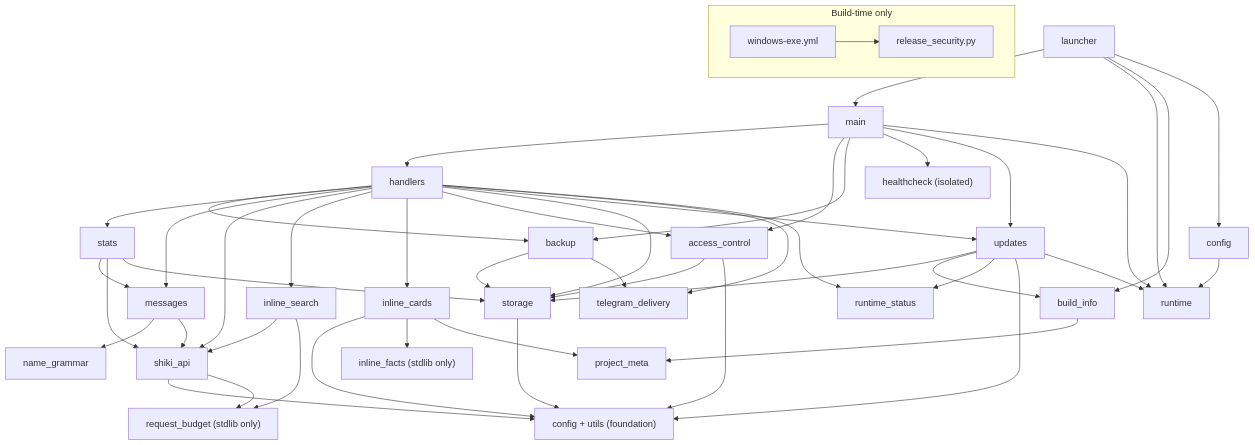
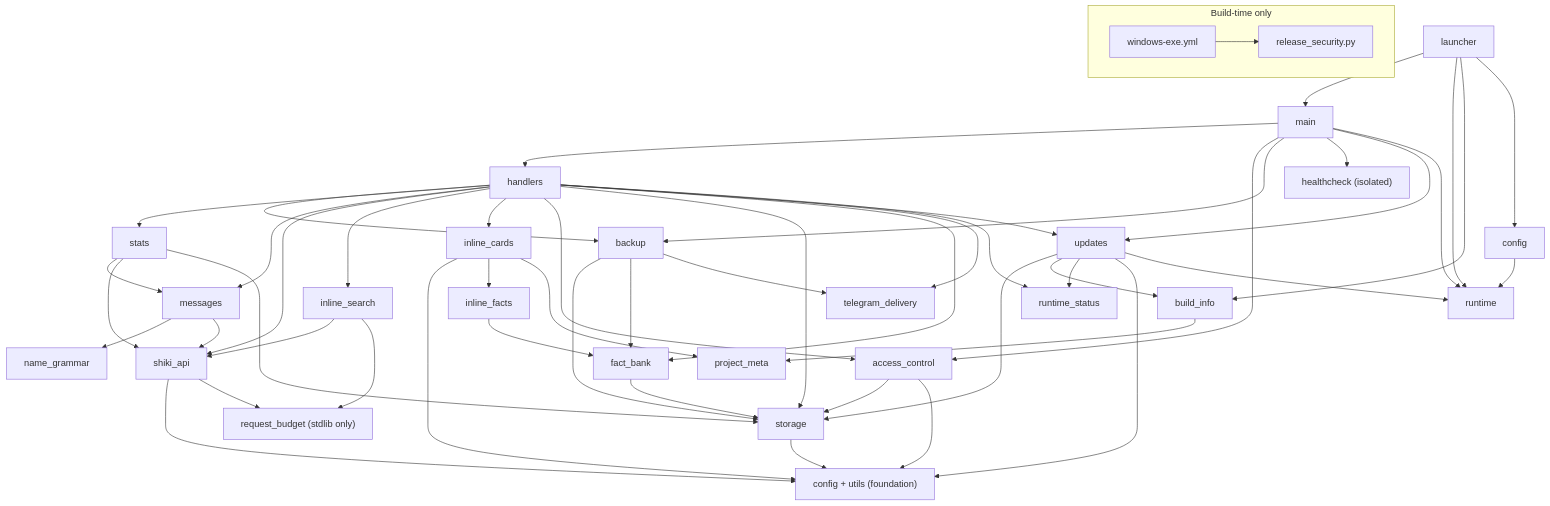
One commit to WorgaNomoR/ShikiUpdatesBot changed the diagram in ARCHITECTURE.md. Above: the diagram before and after it, drawn with Mermaid. The commit also changed other lines of this file and 24 other files, not shown here.

````diff
--- a/ARCHITECTURE.md
+++ b/ARCHITECTURE.md
@@ -43,54 +44,57 @@
 ```mermaid
 graph TD
     launcher --> main
     launcher --> runtime
     launcher --> build_info
     launcher --> config
     main --> handlers
     main --> access_control
     main --> backup
     main --> healthcheck
     main --> updates
     main --> runtime
     handlers --> backup
     handlers --> stats
     handlers --> messages
     handlers --> shiki_api
     handlers --> inline_search
     handlers --> inline_cards
     handlers --> access_control
     handlers --> storage
+    handlers --> fact_bank
     access_control --> storage
     access_control --> base
     handlers --> updates
     handlers --> telegram_delivery
     handlers --> runtime_status
     updates --> storage
     updates --> build_info
     updates --> runtime_status
     build_info --> project_meta
     updates --> base
     updates --> runtime
     stats --> messages
     stats --> shiki_api
     stats --> storage
     messages --> name_grammar
     messages --> shiki_api
     backup --> storage
+    backup --> fact_bank
     backup --> telegram_delivery
     storage --> base["config + utils (foundation)"]
     shiki_api --> base
     shiki_api --> request_budget
     inline_search --> shiki_api
     inline_search --> request_budget
     inline_cards --> base
     inline_cards --> inline_facts
     inline_cards --> project_meta
-    inline_facts["inline_facts (stdlib only)"]
+    inline_facts --> fact_bank
+    fact_bank --> storage
     request_budget["request_budget (stdlib only)"]
     config --> runtime
     healthcheck["healthcheck (isolated)"]
     subgraph build_time["Build-time only"]
         windows_workflow["windows-exe.yml"] --> release_security["release_security.py"]
     end
 ```
````
